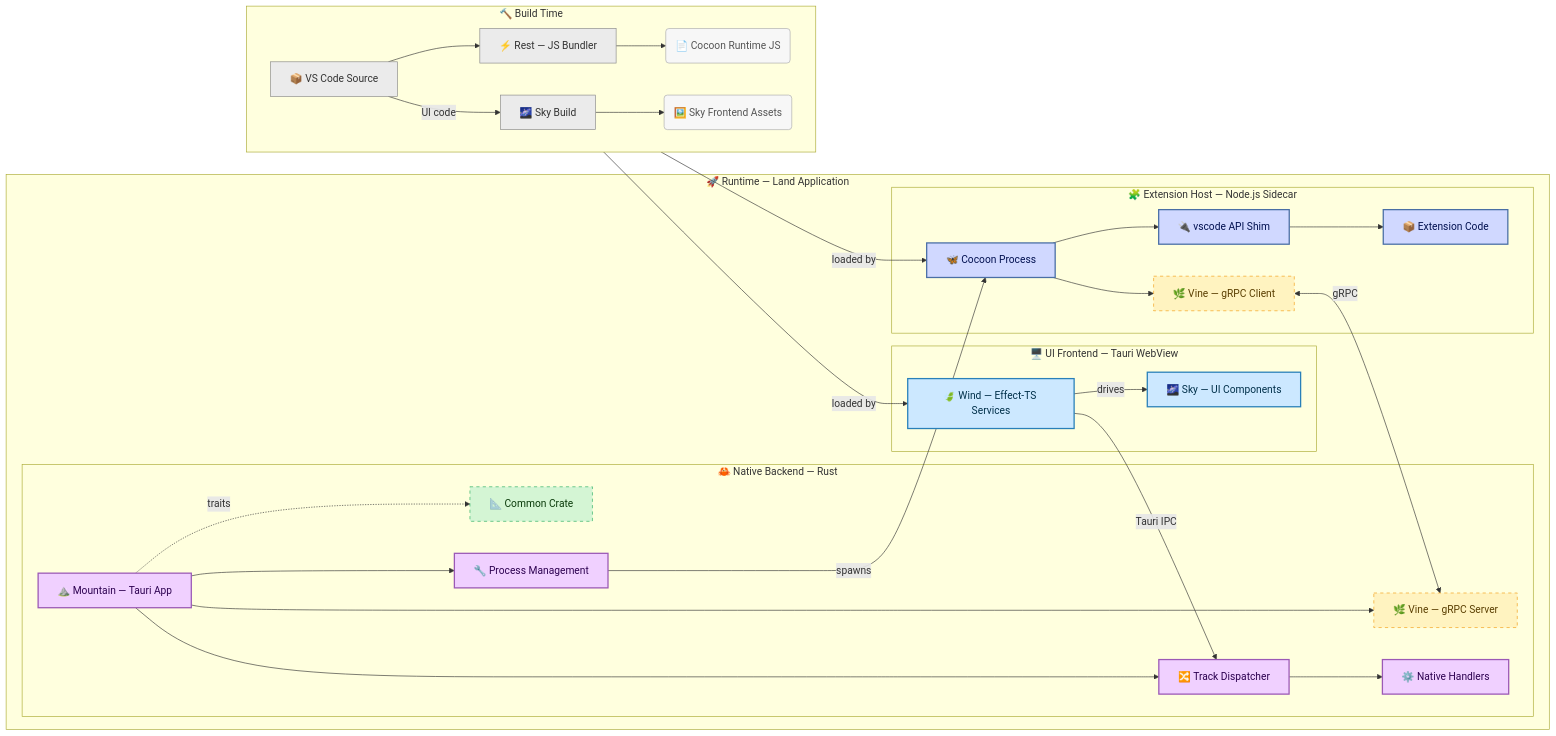
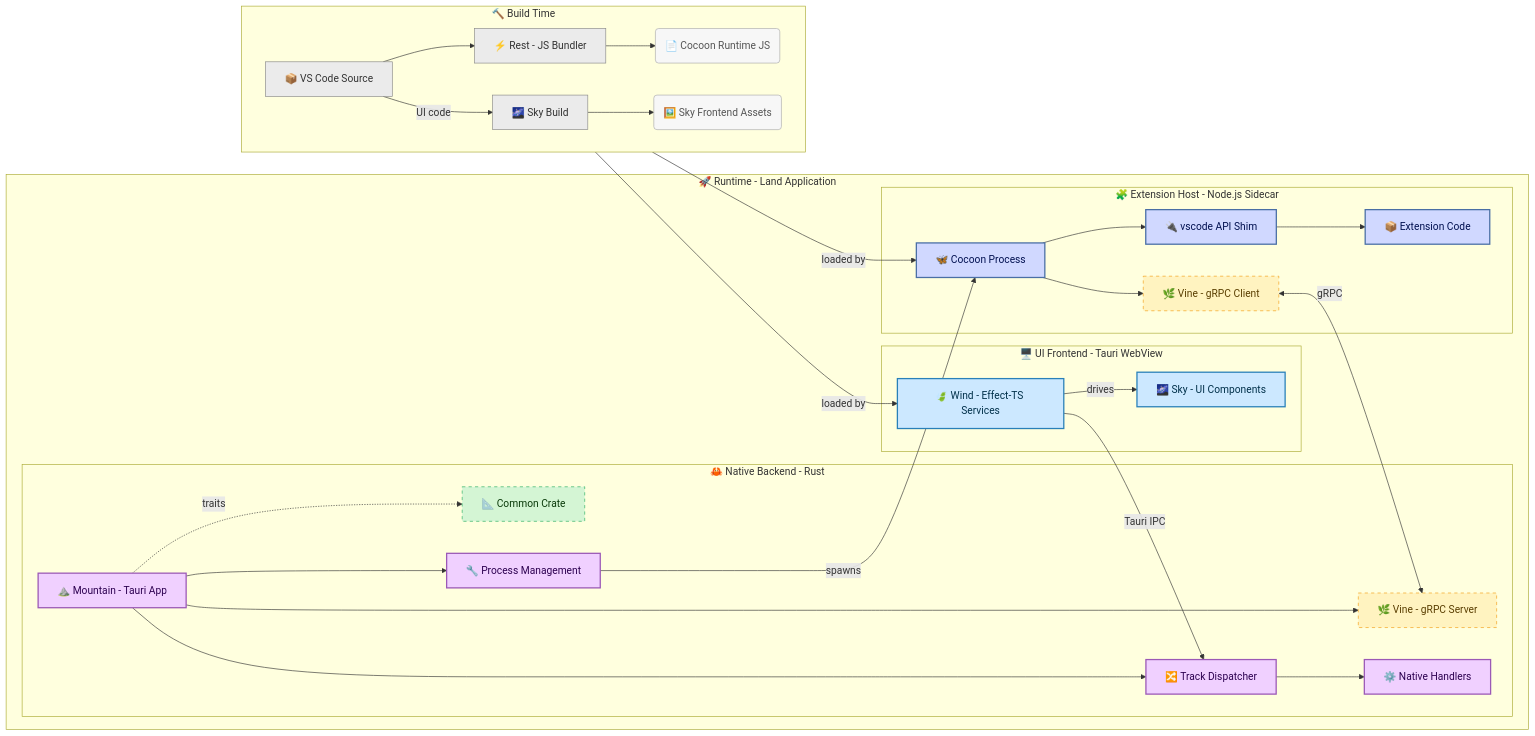
Before and after one commit to CodeEditorLand/Land: the diagram in README.md, drawn with Mermaid. The commit also changed other lines of this file and 5 other files, not shown here.

````diff
--- a/README.md
+++ b/README.md
@@ -121,65 +121,65 @@
 ```mermaid
 graph LR
     classDef mountain fill:#f0d0ff,stroke:#9b59b6,stroke-width:2px,color:#2c0050;
     classDef cocoon   fill:#d0d8ff,stroke:#4a6fa5,stroke-width:2px,color:#001050;
     classDef wind     fill:#cce8ff,stroke:#2980b9,stroke-width:2px,color:#00304a;
     classDef common   fill:#d4f5d4,stroke:#27ae60,stroke-width:1px,stroke-dasharray:5 5,color:#0a3a0a;
     classDef ipc      fill:#fff3c0,stroke:#f39c12,stroke-width:1px,stroke-dasharray:5 5,color:#5a3e00;
     classDef build    fill:#ebebeb,stroke:#888,color:#333;
     classDef data     fill:#f7f7f7,stroke:#aaa,color:#555;
 
     subgraph "🔨 Build Time"
         direction LR
         VSCodeSource["📦 VS Code Source"]:::build
-        RestBuild["⚡ Rest — JS Bundler"]:::build
+        RestBuild["⚡ Rest - JS Bundler"]:::build
         CocoonBundleJS("📄 Cocoon Runtime JS"):::data
         SkyBuildProcess["🌌 Sky Build"]:::build
         SkyAssets("🖼️ Sky Frontend Assets"):::data
 
         VSCodeSource --> RestBuild
         VSCodeSource -- UI code --> SkyBuildProcess
         RestBuild --> CocoonBundleJS
         SkyBuildProcess --> SkyAssets
     end
 
-    subgraph "🚀 Runtime — Land Application"
-        subgraph "🦀 Native Backend — Rust"
-            Mountain["⛰️ Mountain — Tauri App"]:::mountain
+    subgraph "🚀 Runtime - Land Application"
+        subgraph "🦀 Native Backend - Rust"
+            Mountain["⛰️ Mountain - Tauri App"]:::mountain
             CommonCrate["📐 Common Crate"]:::common
             TrackDispatcher["🔀 Track Dispatcher"]:::mountain
-            VineGRPCServer["🌿 Vine — gRPC Server"]:::ipc
+            VineGRPCServer["🌿 Vine - gRPC Server"]:::ipc
             NativeHandlers["⚙️ Native Handlers"]:::mountain
             ProcessMgmt["🔧 Process Management"]:::mountain
 
             Mountain --> TrackDispatcher
             TrackDispatcher --> NativeHandlers
             Mountain -. traits .-> CommonCrate
             Mountain --> VineGRPCServer
             Mountain --> ProcessMgmt
         end
 
-        subgraph "🖥️ UI Frontend — Tauri WebView"
-            WindServices["🍃 Wind — Effect-TS Services"]:::wind
-            SkyUI["🌌 Sky — UI Components"]:::wind
+        subgraph "🖥️ UI Frontend - Tauri WebView"
+            WindServices["🍃 Wind - Effect-TS Services"]:::wind
+            SkyUI["🌌 Sky - UI Components"]:::wind
             WindServices -- drives --> SkyUI
         end
 
-        subgraph "🧩 Extension Host — Node.js Sidecar"
+        subgraph "🧩 Extension Host - Node.js Sidecar"
             Cocoon["🦋 Cocoon Process"]:::cocoon
-            VineGRPCClient["🌿 Vine — gRPC Client"]:::ipc
+            VineGRPCClient["🌿 Vine - gRPC Client"]:::ipc
             VSCodeAPI["🔌 vscode API Shim"]:::cocoon
             Extension["📦 Extension Code"]:::cocoon
 
             Cocoon --> VineGRPCClient
             Cocoon --> VSCodeAPI
             VSCodeAPI --> Extension
         end
 
         ProcessMgmt -- spawns --> Cocoon
         WindServices -- Tauri IPC --> TrackDispatcher
         VineGRPCClient <-- gRPC --> VineGRPCServer
     end
 
     CocoonBundleJS -- loaded by --> Cocoon
     SkyAssets -- loaded by --> WindServices
 ```
````
